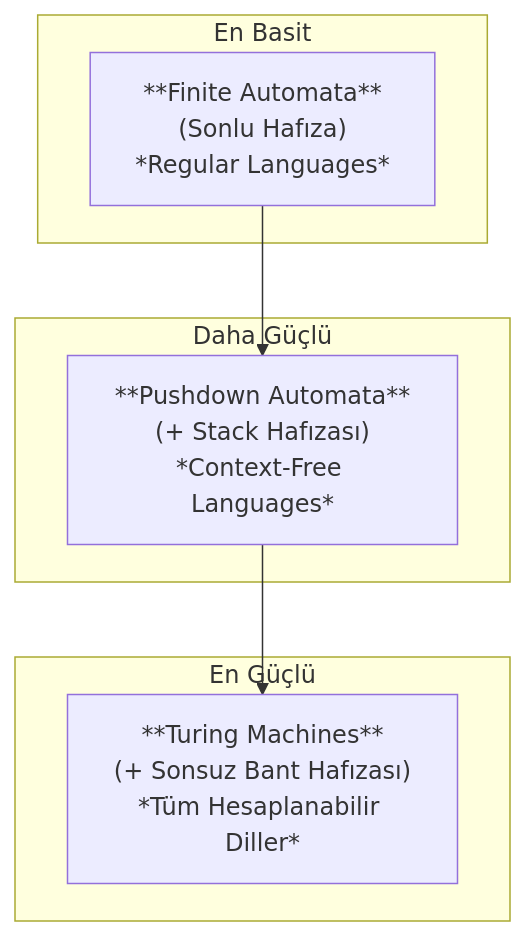
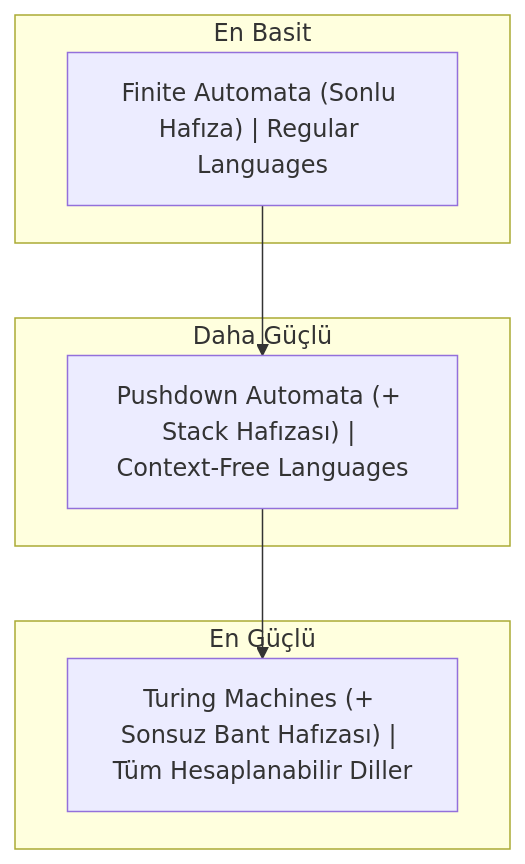
Before and after one commit to tozenbilek/tozenbilek.github.io: the diagram in automata-theory/01-teoriye-giris-ve-temel-kavramlar.md, drawn with Mermaid.

Commit message:
Refactor automata theory documentation by enhancing Markdown formatting for diagram labels. Changes include removing HTML tags and improving visual clarity and consistency in the representation of finite automata, pushdown automata, and Turing machines.

````diff
--- a/automata-theory/01-teoriye-giris-ve-temel-kavramlar.md
+++ b/automata-theory/01-teoriye-giris-ve-temel-kavramlar.md
@@ -70,16 +70,16 @@
 ```mermaid
 graph TD
     subgraph "En Basit"
-        A["**Finite Automata**<br>(Sonlu Hafıza)<br>*Regular Languages*"]
+        A["Finite Automata (Sonlu Hafıza) | Regular Languages"]
     end
     
     subgraph "Daha Güçlü"
-        B["**Pushdown Automata**<br>(+ Stack Hafızası)<br>*Context-Free Languages*"]
+        B["Pushdown Automata (+ Stack Hafızası) | Context-Free Languages"]
     end
 
     subgraph "En Güçlü"
-        C["**Turing Machines**<br>(+ Sonsuz Bant Hafızası)<br>*Tüm Hesaplanabilir Diller*"]
+        C["Turing Machines (+ Sonsuz Bant Hafızası) | Tüm Hesaplanabilir Diller"]
     end
 
     A --> B --> C
 ```
````
